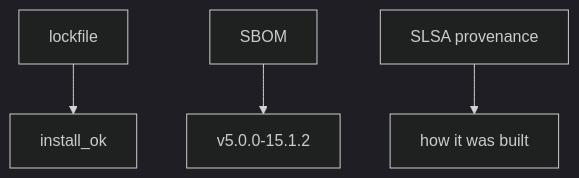
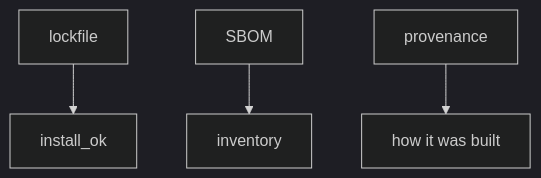
The first of 2 diagrams in content/modules/10/10.2/lessons/02-model.md (ishitvagoel/LearnSecurity), drawn with Mermaid (dark theme) before and after one commit. The commit also changed other lines of this file and 39 other files, not shown here.

````diff
--- a/content/modules/10/10.2/lessons/02-model.md
+++ b/content/modules/10/10.2/lessons/02-model.md
@@ -15,6 +18,6 @@
 ```mermaid
 flowchart TD
   Lock[lockfile] --> Verify[install_ok]
-  Sbom[SBOM] --> Inventory["v5.0.0-15.1.2"]
-  Prov[SLSA provenance] --> Extra[how it was built]
+  Sbom[SBOM] --> Inventory[inventory]
+  Prov[provenance] --> Extra[how it was built]
 ```
````
